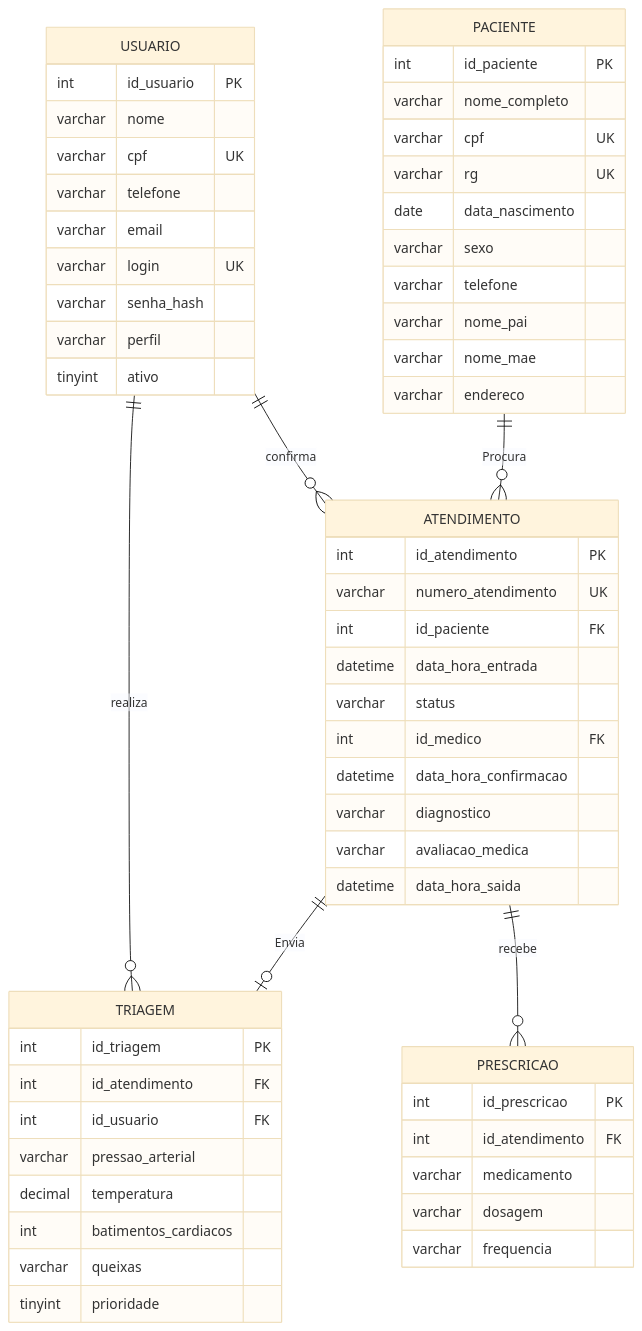
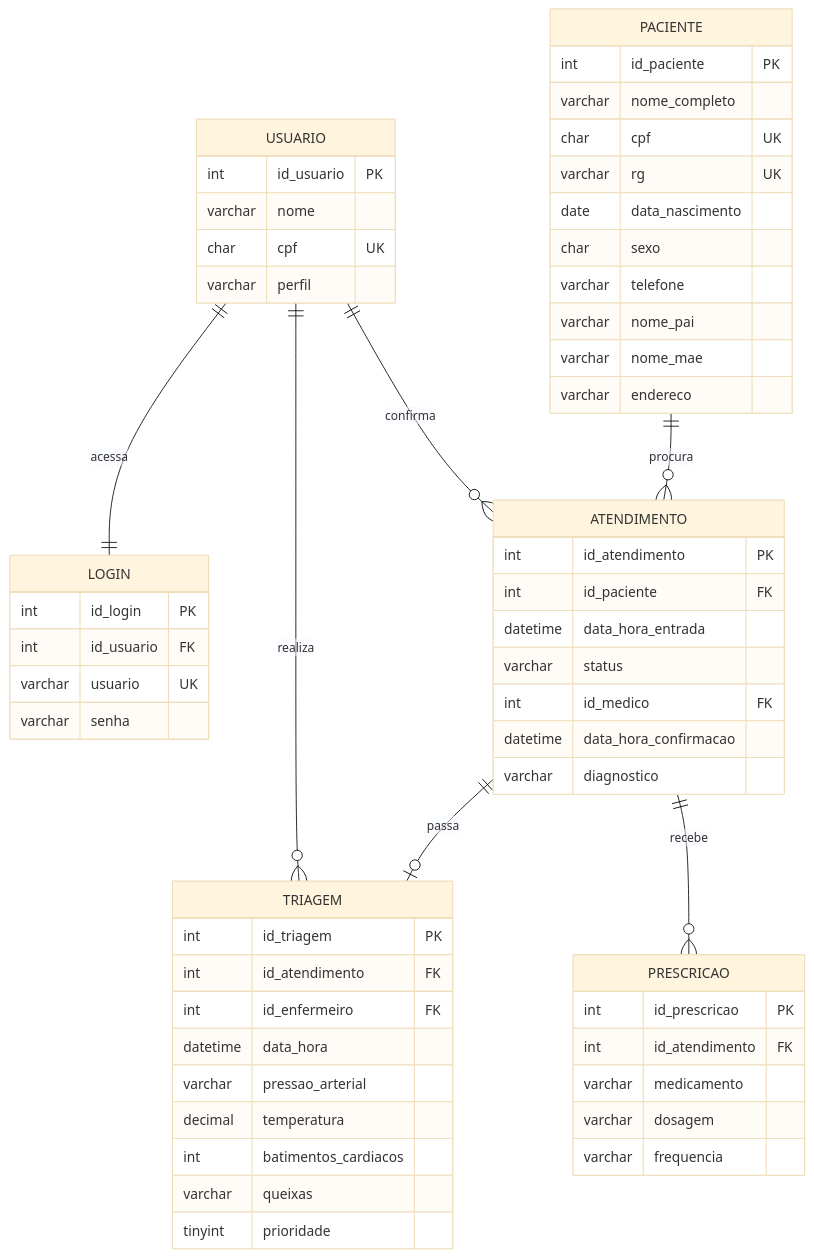
The diagram in README.md (OtavioFelix-in/Projeto-Integrador2), drawn with Mermaid (base theme) before and after one commit. The commit also changed other lines of this file and 17 other files, not shown here.

First line of the commit message:
Back-end em Node.js e telas de login, recepção, triagem e médico

````diff
--- a/README.md
+++ b/README.md
@@ -23,65 +64,66 @@
 ```mermaid
 erDiagram
-    PACIENTE ||--o{ ATENDIMENTO : Procura
-    ATENDIMENTO ||--o| TRIAGEM : Envia
+    USUARIO ||--|| LOGIN : acessa
+    PACIENTE ||--o{ ATENDIMENTO : procura
+    ATENDIMENTO ||--o| TRIAGEM : passa
     ATENDIMENTO ||--o{ PRESCRICAO : recebe
     USUARIO ||--o{ TRIAGEM : realiza
     USUARIO ||--o{ ATENDIMENTO : confirma
 
     USUARIO {
         int id_usuario PK
         varchar nome
-        varchar cpf UK
-        varchar telefone
-        varchar email
-        varchar login UK
-        varchar senha_hash
+        char cpf UK
         varchar perfil
-        tinyint ativo
+    }
+
+    LOGIN {
+        int id_login PK
+        int id_usuario FK
+        varchar usuario UK
+        varchar senha
     }
 
     PACIENTE {
         int id_paciente PK
         varchar nome_completo
-        varchar cpf UK
+        char cpf UK
         varchar rg UK
         date data_nascimento
-        varchar sexo
+        char sexo
         varchar telefone
         varchar nome_pai
         varchar nome_mae
         varchar endereco
     }
 
     ATENDIMENTO {
         int id_atendimento PK
-        varchar numero_atendimento UK
         int id_paciente FK
         datetime data_hora_entrada
         varchar status
         int id_medico FK
         datetime data_hora_confirmacao
         varchar diagnostico
-        varchar avaliacao_medica
-        datetime data_hora_saida
     }
 
     TRIAGEM {
         int id_triagem PK
         int id_atendimento FK
-        int id_usuario FK
+        int id_enfermeiro FK
+        datetime data_hora
         varchar pressao_arterial
         decimal temperatura
         int batimentos_cardiacos
         varchar queixas
         tinyint prioridade
     }
 
     PRESCRICAO {
         int id_prescricao PK
         int id_atendimento FK
         varchar medicamento
         varchar dosagem
         varchar frequencia
     }
 ```
````
